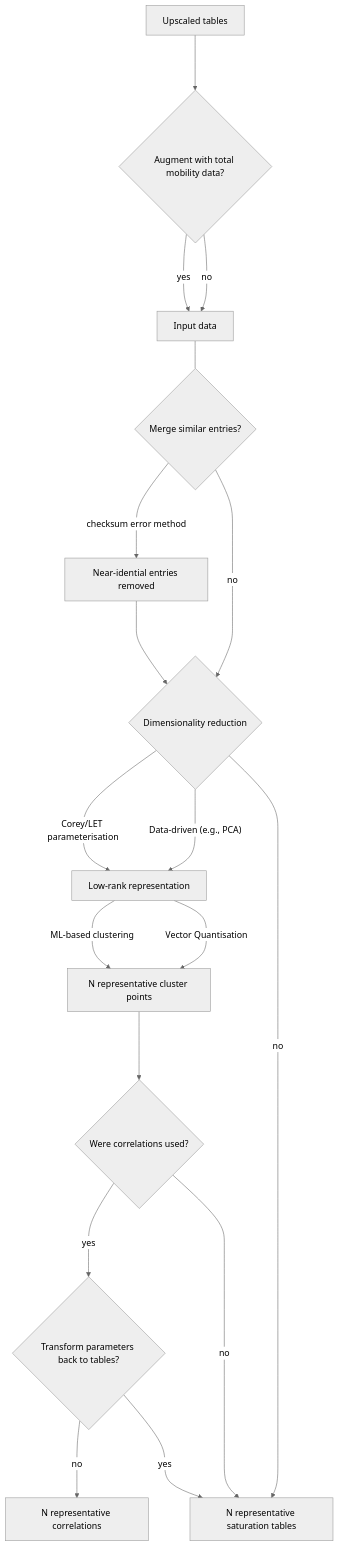
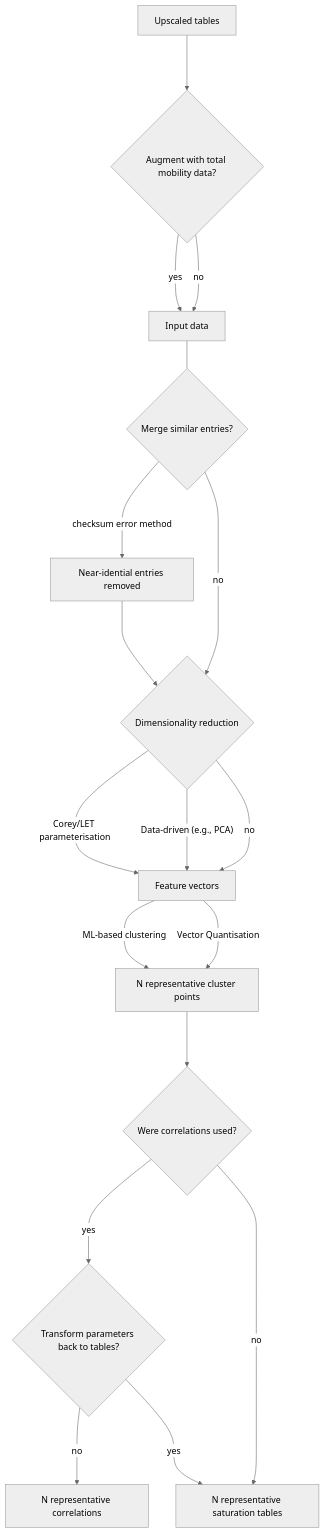
Before and after one commit to ImperialCollegeLondon/StrataTrapper: the first of 2 diagrams in src/compress/README.md, drawn with Mermaid (neutral theme). The commit also changed 2 other files, not shown here.

Commit message:
feat: ✨ add dimensionality reduction enumeration and update quantization function

````diff
--- a/src/compress/README.md
+++ b/src/compress/README.md
@@ -35,32 +35,33 @@
 ```mermaid
 flowchart TD
 upsc[Upscaled tables]
 embed{Augment with total mobility data?}
 input[Input data]
 should_clean{Merge similar entries?}
 clean[Near-idential entries removed]
 red{Dimensionality reduction}
-latent[Low-rank representation]
+latent[Feature vectors]
 repr[N representative cluster points]
 isparam{Were correlations used?}
 inv{Transform parameters back to tables?}
 param[N representative correlations]
 tabs[N representative saturation tables]
 
 upsc ---> embed
 embed -- yes ---> input
 embed -- no ---> input
 input  --- should_clean
 should_clean -- checksum error method ---> clean ---> red
 should_clean -- no ---> red
 red -- Corey/LET parameterisation ---> latent
 red -- Data-driven (e.g., PCA) ---> latent
+red -- no ---> latent
 latent -- ML-based clustering ---> repr
 latent -- Vector Quantisation ---> repr
 repr ---> isparam
 isparam -- yes ---> inv
 inv -- no ---> param
 inv -- yes ---> tabs
 isparam -- no ---> tabs
-red -- no ---> tabs
+
 ```
````
